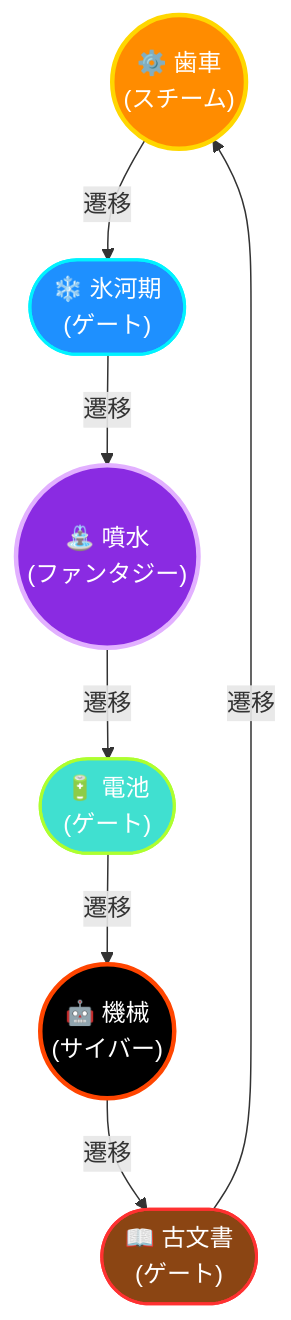
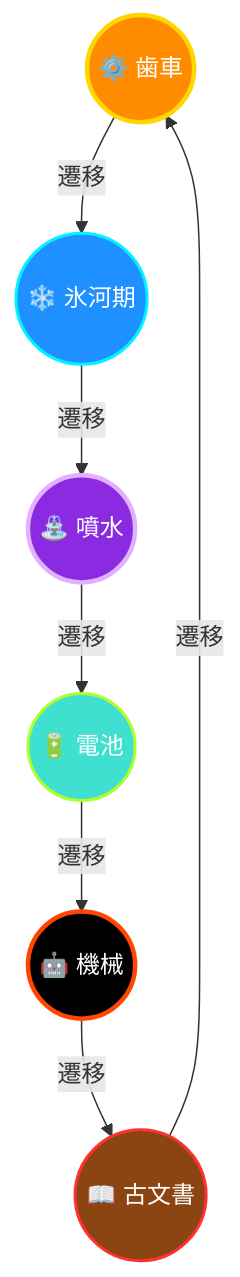
Before and after one commit to ankakepizza551/crossrealm: the diagram in README.md, drawn with Mermaid.

Commit message:
Update README with game details and rules

````diff
--- a/README.md
+++ b/README.md
@@ -30,16 +30,16 @@
 ```mermaid
 flowchart TD
-    GEAR(("⚙️ 歯車\n(スチーム)")) -->|遷移| ICEAGE(["❄️ 氷河期\n(ゲート)"])
-    ICEAGE -->|遷移| FOUNTAIN(("⛲ 噴水\n(ファンタジー)"))
-    FOUNTAIN -->|遷移| BATTERY(["🔋 電池\n(ゲート)"])
-    BATTERY -->|遷移| MACHINE(("🤖 機械\n(サイバー)"))
-    MACHINE -->|遷移| ARCHIVE(["📖 古文書\n(ゲート)"])
+    GEAR(("⚙️ 歯車")) -->|遷移| ICEAGE(("❄️ 氷河期"))
+    ICEAGE -->|遷移| FOUNTAIN(("⛲ 噴水"))
+    FOUNTAIN -->|遷移| BATTERY(("🔋 電池"))
+    BATTERY -->|遷移| MACHINE(("🤖 機械"))
+    MACHINE -->|遷移| ARCHIVE(("📖 古文書"))
     ARCHIVE -->|遷移| GEAR
     
     style GEAR fill:#FF8C00,stroke:#FFD700,stroke-width:3px,color:#fff
     style ICEAGE fill:#1E90FF,stroke:#00F3FF,stroke-width:2px,color:#fff
     style FOUNTAIN fill:#8A2BE2,stroke:#E2B0FF,stroke-width:3px,color:#fff
     style BATTERY fill:#40E0D0,stroke:#ADFF2F,stroke-width:2px,color:#fff
     style MACHINE fill:#000000,stroke:#FF4500,stroke-width:3px,color:#fff
     style ARCHIVE fill:#8B4513,stroke:#FF3131,stroke-width:2px,color:#fff
 ```
````
